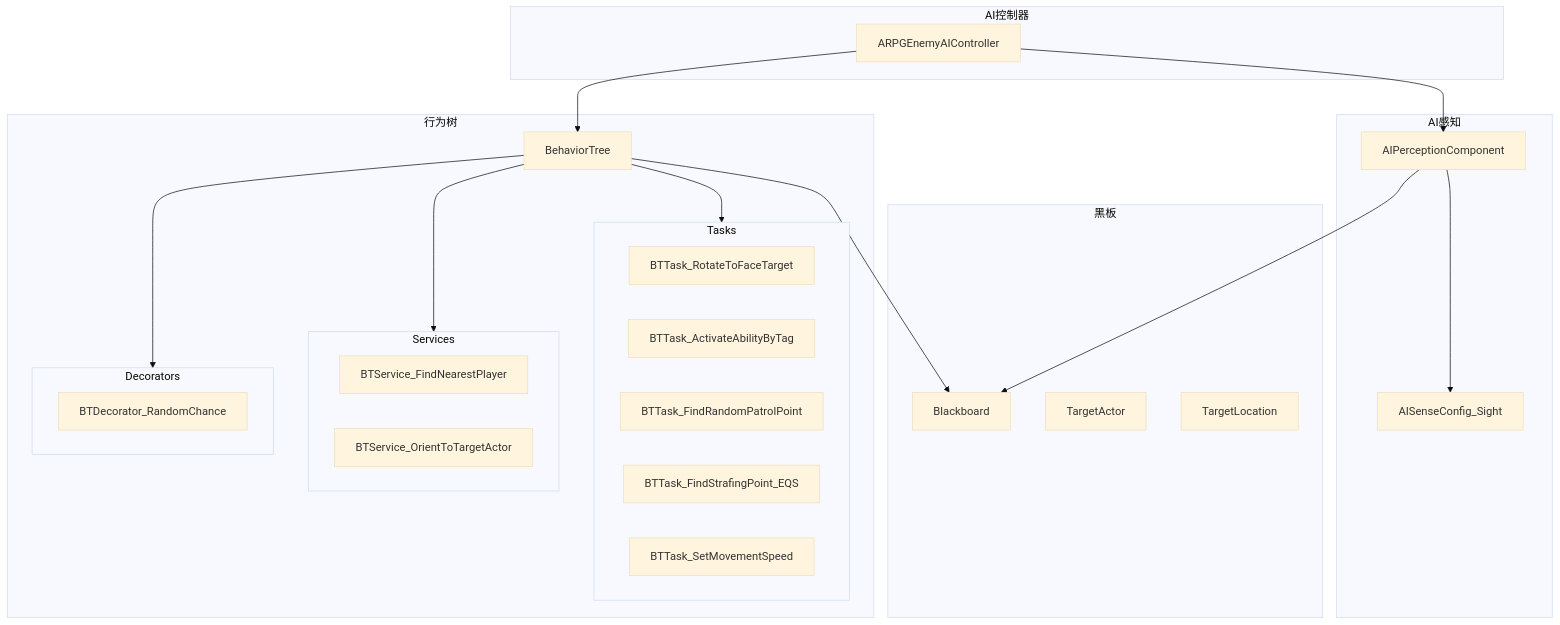
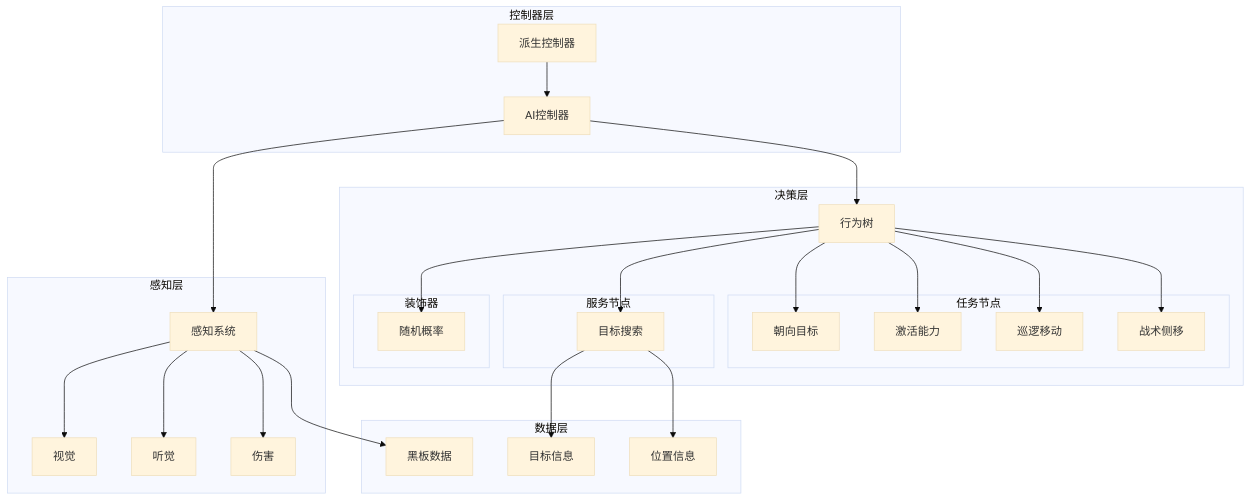
Diagram 11 of 18 in Source/Docs/SummaryDesign.md (ARK31415/RPG), drawn with Mermaid (base theme) before and after one commit. The commit also changed other lines of this file and 12 other files, not shown here.

````diff
--- a/Source/Docs/SummaryDesign.md
+++ b/Source/Docs/SummaryDesign.md
@@ -471,44 +605,52 @@
 ```mermaid
 graph TB
-    subgraph AI控制器
-        EAC[ARPGEnemyAIController]
+    subgraph 控制器层
+        Ctrl[AI控制器]
+        PCtrl[派生控制器]
     end
     
-    subgraph 行为树
-        BT[BehaviorTree]
-        subgraph Tasks
-            T1[BTTask_RotateToFaceTarget]
-            T2[BTTask_ActivateAbilityByTag]
-            T3[BTTask_FindRandomPatrolPoint]
-            T4[BTTask_FindStrafingPoint_EQS]
-            T5[BTTask_SetMovementSpeed]
+    subgraph 决策层
+        BT[行为树]
+        subgraph 任务节点
+            T1[朝向目标]
+            T2[激活能力]
+            T3[巡逻移动]
+            T4[战术侧移]
         end
-        subgraph Services
-            S1[BTService_FindNearestPlayer]
-            S2[BTService_OrientToTargetActor]
+        subgraph 服务节点
+            S1[目标搜索]
         end
-        subgraph Decorators
-            D1[BTDecorator_RandomChance]
+        subgraph 装饰器
+            D1[随机概率]
         end
     end
     
-    subgraph 黑板
-        BB[Blackboard]
-        Target[TargetActor]
-        TargetLoc[TargetLocation]
+    subgraph 数据层
+        BB[黑板数据]
+        Target[目标信息]
+        Loc[位置信息]
     end
     
-    subgraph AI感知
-        AP[AIPerceptionComponent]
-        Sight[AISenseConfig_Sight]
+    subgraph 感知层
+        AP[感知系统]
+        Sight[视觉]
+        Hearing[听觉]
+        Damage[伤害]
     end
     
-    EAC --> BT
-    EAC --> AP
-    BT --> Tasks
-    BT --> Services
-    BT --> Decorators
+    PCtrl --> Ctrl
+    Ctrl --> BT
+    Ctrl --> AP
+    BT --> T1
+    BT --> T2
+    BT --> T3
+    BT --> T4
+    BT --> S1
+    BT --> D1
     AP --> Sight
+    AP --> Hearing
+    AP --> Damage
     AP --> BB
-    BT --> BB
+    S1 --> Target
+    S1 --> Loc
 ```
````
